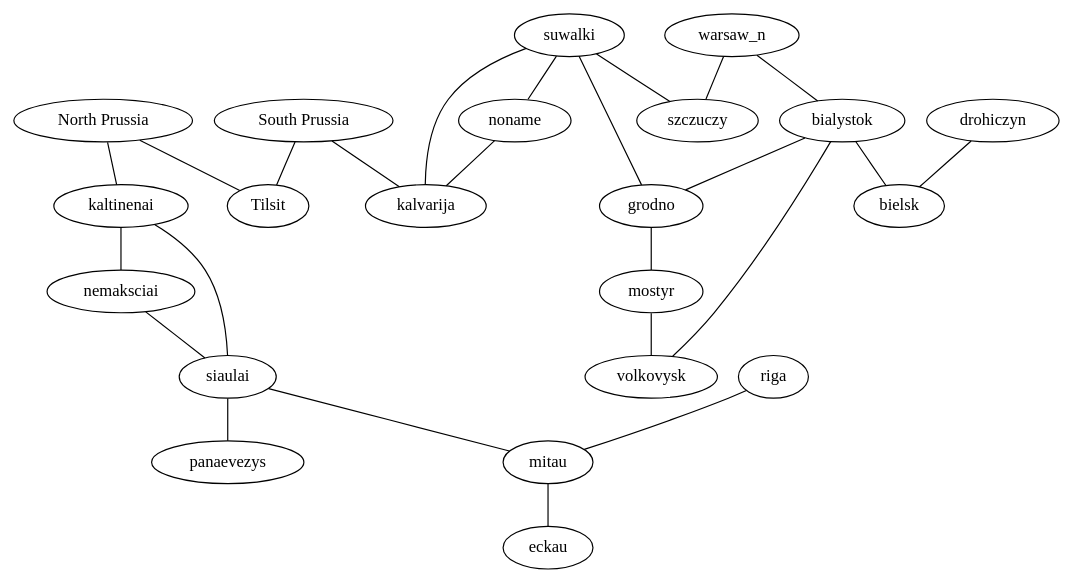
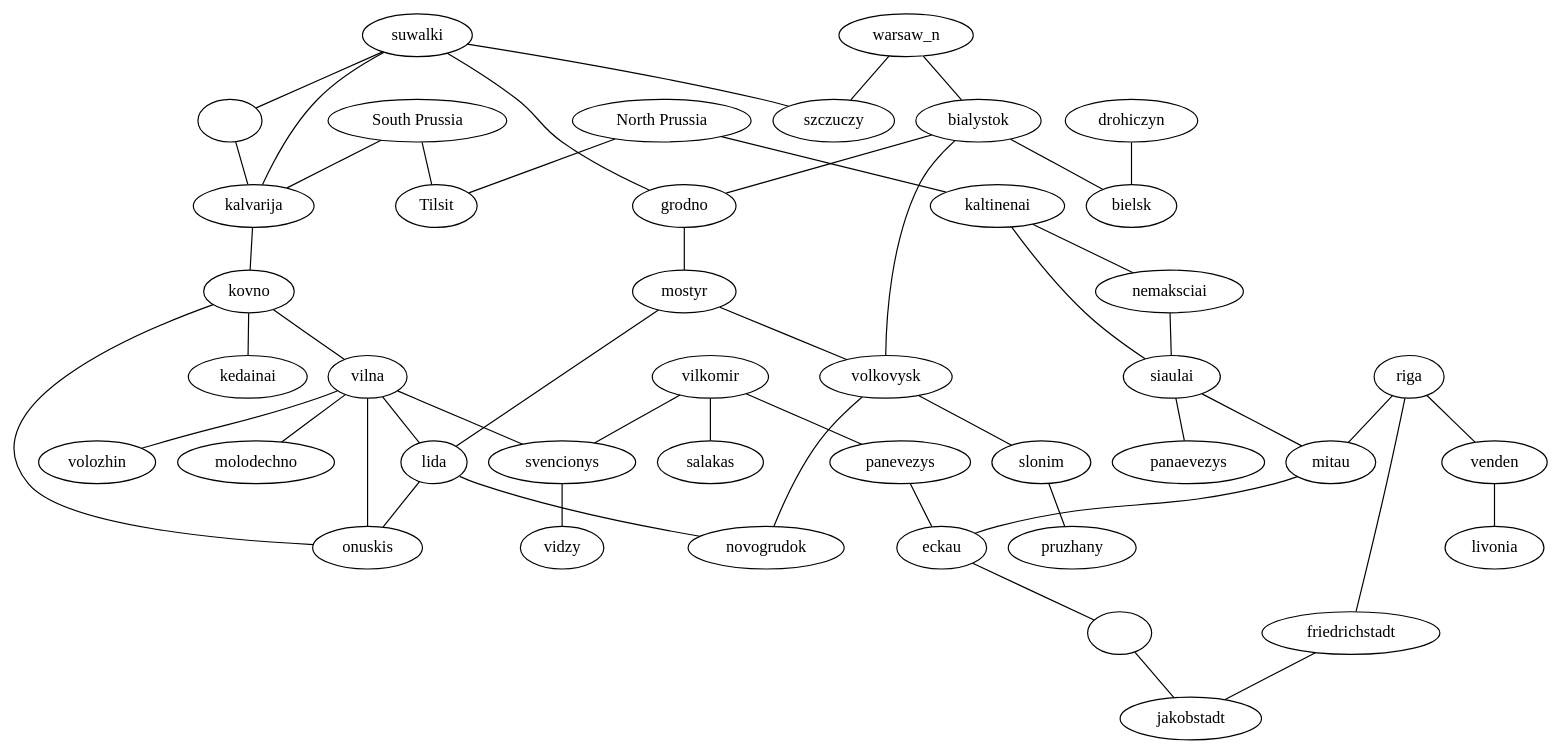
One commit to jmettraux/dot1812 changed the diagram in map.dot. Above: the diagram before and after it, drawn with Graphviz. The commit also changed 1 other file, not shown here.

```diff
--- a/map.dot
+++ b/map.dot
@@ -1,32 +1,60 @@
 
 // dot1812/map.dot
 
 strict graph {
+
   prussia_n [label="North Prussia"];
   prussia_s [label="South Prussia"];
   tilsit [label="Tilsit"];
+  suwalki_e [label=""];
+  eckau_e [label=""];
+
   prussia_n -- tilsit;
   prussia_n -- kaltinenai;
   kaltinenai -- nemaksciai;
   nemaksciai -- siaulai;
   kaltinenai -- siaulai;
   siaulai -- mitau;
   siaulai -- panaevezys;
   riga -- mitau;
   mitau -- eckau;
   prussia_s -- tilsit;
   prussia_s -- kalvarija;
   suwalki -- kalvarija;
   suwalki -- szczuczy;
-  suwalki -- noname;
-  noname -- kalvarija;
+  suwalki -- suwalki_e;
+  suwalki_e -- kalvarija;
   warsaw_n -- szczuczy;
   warsaw_n -- bialystok;
   bialystok -- bielsk;
   drohiczyn -- bielsk;
   bialystok -- volkovysk;
   mostyr -- volkovysk;
   bialystok -- grodno;
   suwalki -- grodno;
   grodno -- mostyr;
+  mostyr -- lida;
+  lida -- novogrudok;
+  lida -- onuskis;
+  volkovysk -- novogrudok;
+  volkovysk -- slonim -- pruzhany;
+  kalvarija -- kovno;
+  kovno -- kedainai;
+  kovno -- onuskis;
+  kovno -- vilna;
+  vilna -- onuskis;
+  vilna -- lida;
+  vilna -- volozhin;
+  vilna -- molodechno;
+  vilna -- svencionys;
+  svencionys -- vidzy;
+  vilkomir -- svencionys;
+  vilkomir -- salakas;
+  vilkomir -- panevezys;
+  panevezys -- eckau;
+  eckau -- eckau_e;
+  eckau_e -- jakobstadt;
+  riga -- friedrichstadt -- jakobstadt;
+  riga -- venden;
+  venden -- livonia;
 }
```
